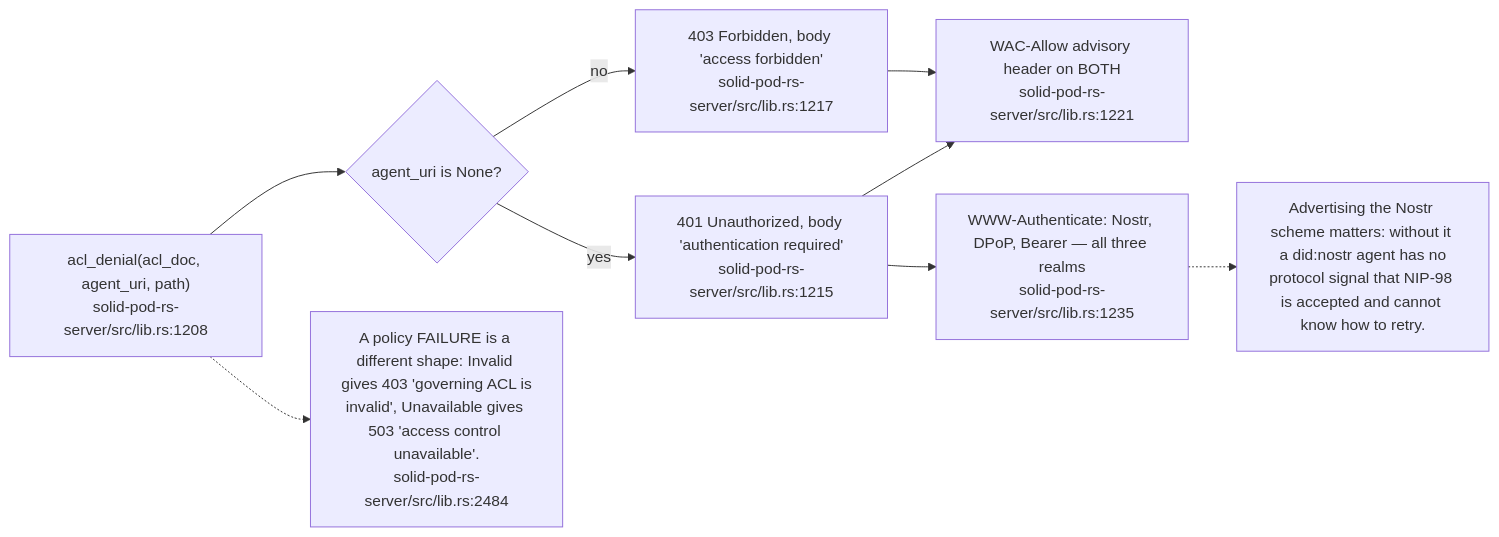
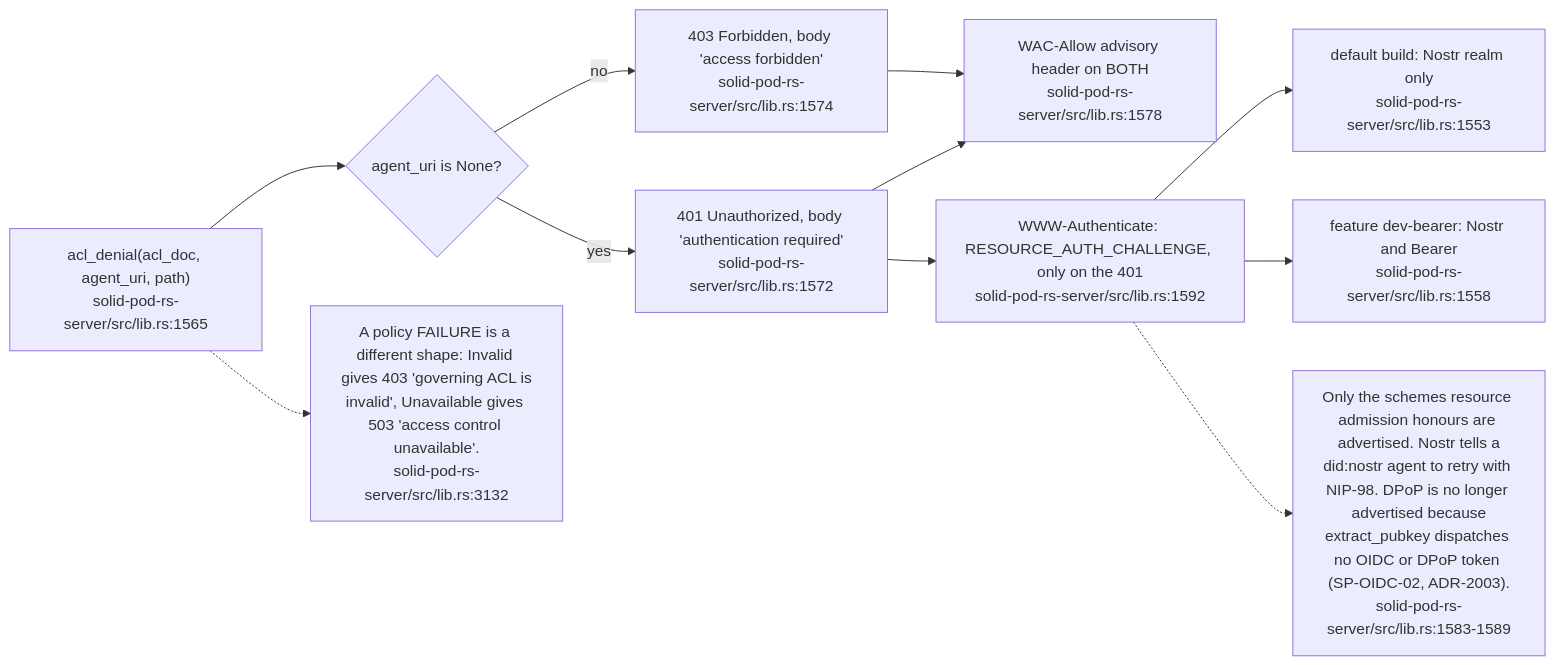
Before and after one commit to DreamLab-AI/VisionFlow: diagram 12 of 16 in docs/diagrams/solid-pod-rs/04-wac-authorisation.md, drawn with Mermaid. The commit also changed other lines of this file, not shown here.

First line of the commit message:
docs(diagrams): SP-04 re-verified at solid-pod-rs a28a748

````diff
--- a/docs/diagrams/solid-pod-rs/04-wac-authorisation.md
+++ b/docs/diagrams/solid-pod-rs/04-wac-authorisation.md
@@ -403,19 +421,23 @@
 ```mermaid
 flowchart LR
-    IN["acl_denial(acl_doc, agent_uri, path)<br/>solid-pod-rs-server/src/lib.rs:1208"]
+    IN["acl_denial(acl_doc, agent_uri, path)<br/>solid-pod-rs-server/src/lib.rs:1565"]
     ANON{"agent_uri is None?"}
-    U401["401 Unauthorized, body 'authentication required'<br/>solid-pod-rs-server/src/lib.rs:1215"]
-    F403["403 Forbidden, body 'access forbidden'<br/>solid-pod-rs-server/src/lib.rs:1217"]
-    WA["WAC-Allow advisory header on BOTH<br/>solid-pod-rs-server/src/lib.rs:1221"]
-    CH["WWW-Authenticate: Nostr, DPoP, Bearer — all three realms<br/>solid-pod-rs-server/src/lib.rs:1235"]
+    U401["401 Unauthorized, body 'authentication required'<br/>solid-pod-rs-server/src/lib.rs:1572"]
+    F403["403 Forbidden, body 'access forbidden'<br/>solid-pod-rs-server/src/lib.rs:1574"]
+    WA["WAC-Allow advisory header on BOTH<br/>solid-pod-rs-server/src/lib.rs:1578"]
+    CH["WWW-Authenticate: RESOURCE_AUTH_CHALLENGE, only on the 401<br/>solid-pod-rs-server/src/lib.rs:1592"]
+    NOS["default build: Nostr realm only<br/>solid-pod-rs-server/src/lib.rs:1553"]
+    DEV["feature dev-bearer: Nostr and Bearer<br/>solid-pod-rs-server/src/lib.rs:1558"]
 
     IN --> ANON
     ANON -- yes --> U401 --> WA
     ANON -- no --> F403 --> WA
     U401 --> CH
+    CH --> NOS
+    CH --> DEV
 
-    N["Advertising the Nostr scheme matters: without it a did:nostr agent has no<br/>protocol signal that NIP-98 is accepted and cannot know how to retry."]
+    N["Only the schemes resource admission honours are advertised. Nostr tells a<br/>did:nostr agent to retry with NIP-98. DPoP is no longer advertised because<br/>extract_pubkey dispatches no OIDC or DPoP token (SP-OIDC-02, ADR-2003).<br/>solid-pod-rs-server/src/lib.rs:1583-1589"]
     CH -.-> N
-    N2["A policy FAILURE is a different shape: Invalid gives 403 'governing ACL is<br/>invalid', Unavailable gives 503 'access control unavailable'.<br/>solid-pod-rs-server/src/lib.rs:2484"]
+    N2["A policy FAILURE is a different shape: Invalid gives 403 'governing ACL is<br/>invalid', Unavailable gives 503 'access control unavailable'.<br/>solid-pod-rs-server/src/lib.rs:3132"]
     IN -.-> N2
 ```
````
